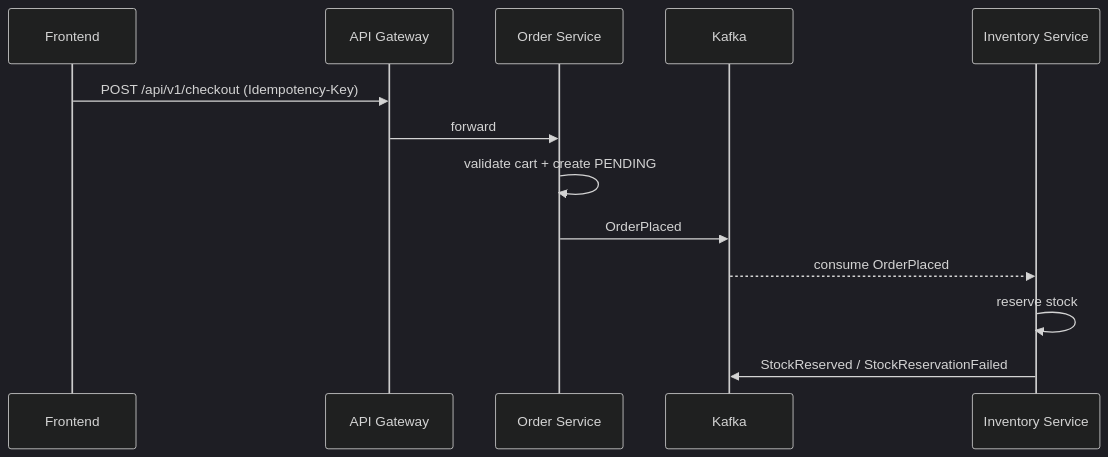
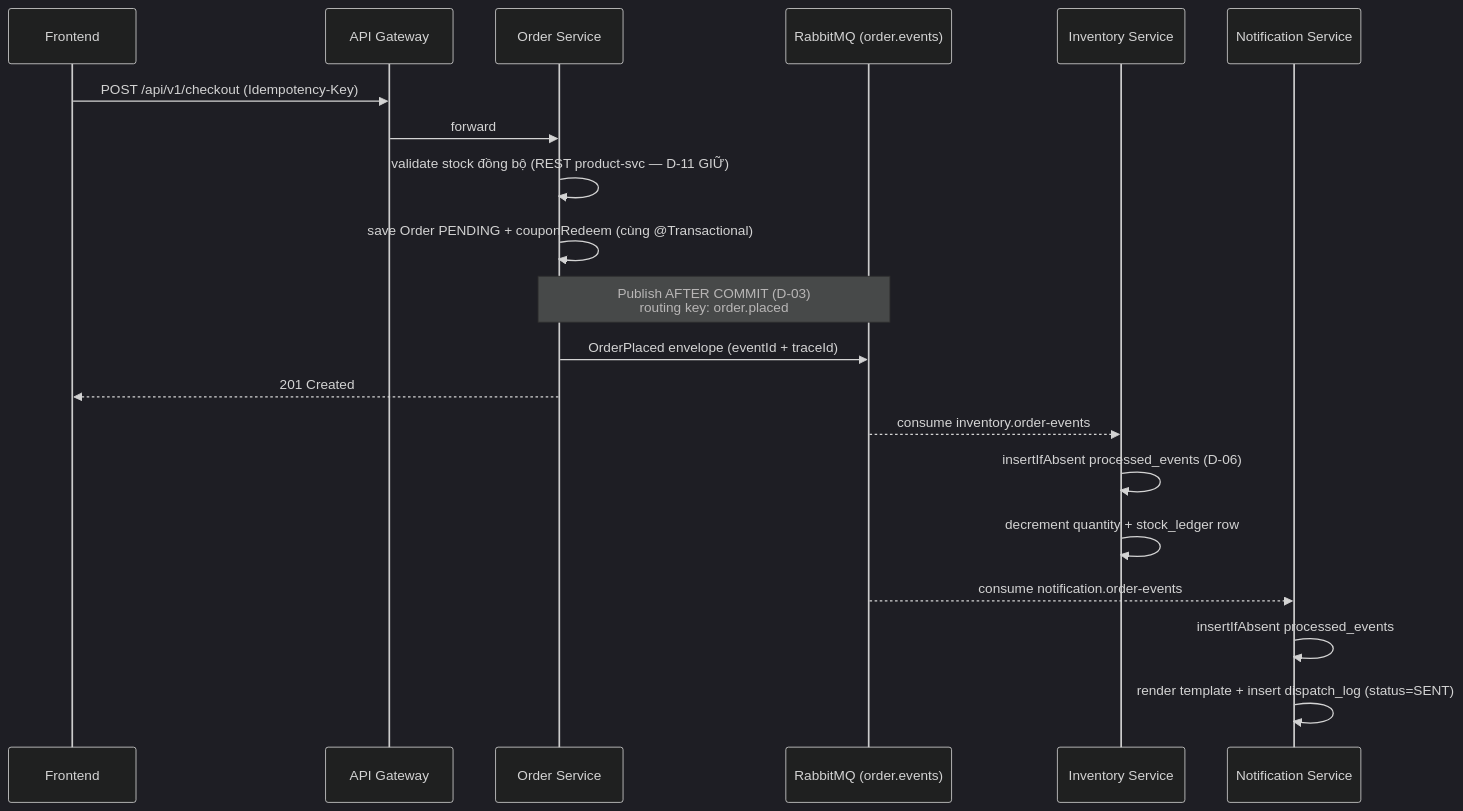
Before and after one commit to dminhduc250136/ptit_htpt: the second of 6 diagrams in architecture/02-sequence-diagrams.md, drawn with Mermaid (dark theme). The commit also changed other lines of this file and 3 other files, not shown here.

````diff
--- a/architecture/02-sequence-diagrams.md
+++ b/architecture/02-sequence-diagrams.md
@@ -29,16 +38,23 @@
 ```mermaid
 sequenceDiagram
     participant FE as Frontend
     participant GW as API Gateway
     participant OS as Order Service
-    participant K as Kafka
+    participant MQ as RabbitMQ (order.events)
     participant INV as Inventory Service
+    participant N as Notification Service
 
     FE->>GW: POST /api/v1/checkout (Idempotency-Key)
     GW->>OS: forward
-    OS->>OS: validate cart + create PENDING
-    OS->>K: OrderPlaced
-    K-->>INV: consume OrderPlaced
-    INV->>INV: reserve stock
-    INV->>K: StockReserved / StockReservationFailed
+    OS->>OS: validate stock đồng bộ (REST product-svc — D-11 GIỮ)
+    OS->>OS: save Order PENDING + couponRedeem (cùng @Transactional)
+    Note over OS,MQ: Publish AFTER COMMIT (D-03)<br/>routing key: order.placed
+    OS->>MQ: OrderPlaced envelope (eventId + traceId)
+    OS-->>FE: 201 Created
+    MQ-->>INV: consume inventory.order-events
+    INV->>INV: insertIfAbsent processed_events (D-06)
+    INV->>INV: decrement quantity + stock_ledger row
+    MQ-->>N: consume notification.order-events
+    N->>N: insertIfAbsent processed_events
+    N->>N: render template + insert dispatch_log (status=SENT)
 ```
````
